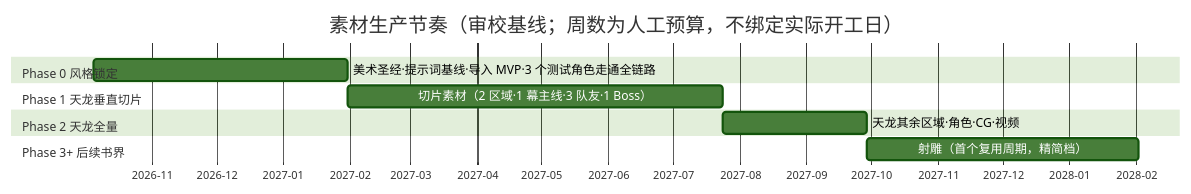
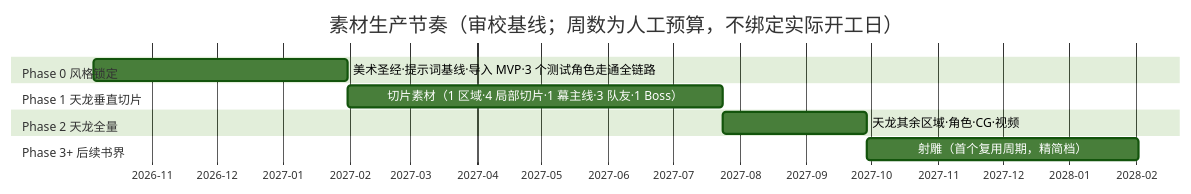
Before and after one commit to radarxc/jinyongqunxia: the second of 8 diagrams in docs/tech/07-asset-generation.md, drawn with Mermaid (forest theme). The commit also changed other lines of this file and 11 other files, not shown here.

````diff
--- a/docs/tech/07-asset-generation.md
+++ b/docs/tech/07-asset-generation.md
@@ -417,14 +417,14 @@
 ```mermaid
 gantt
   title 素材生产节奏（审校基线；周数为人工预算，不绑定实际开工日）
   dateFormat YYYY-MM-DD
   axisFormat %Y-%m
   section Phase 0 风格锁定
   美术圣经·提示词基线·导入 MVP·3 个测试角色走通全链路 :p0, 2026-10-05, 118d
   section Phase 1 天龙垂直切片
-  切片素材（2 区域·1 幕主线·3 队友·1 Boss） :p1, after p0, 174d
+  切片素材（1 区域·4 局部切片·1 幕主线·3 队友·1 Boss） :p1, after p0, 174d
   section Phase 2 天龙全量
   天龙其余区域·角色·CG·视频 :p2, after p1, 67d
   section Phase 3+ 后续书界
   射雕（首个复用周期，精简档） :p3, after p2, 126d
 ```
````
